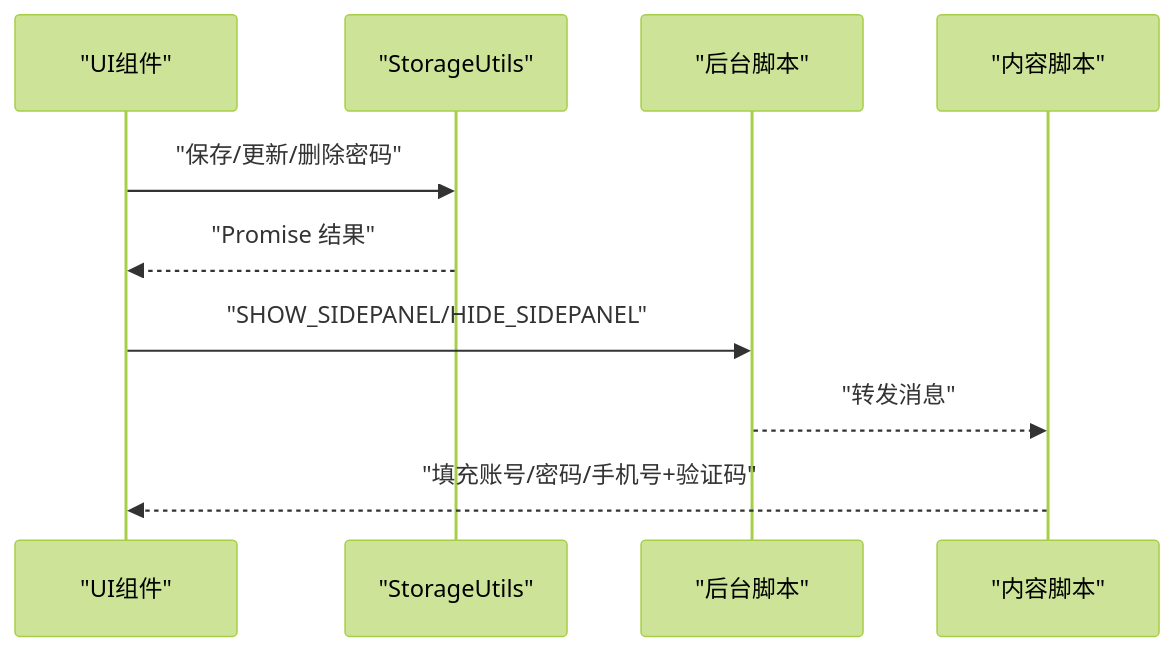
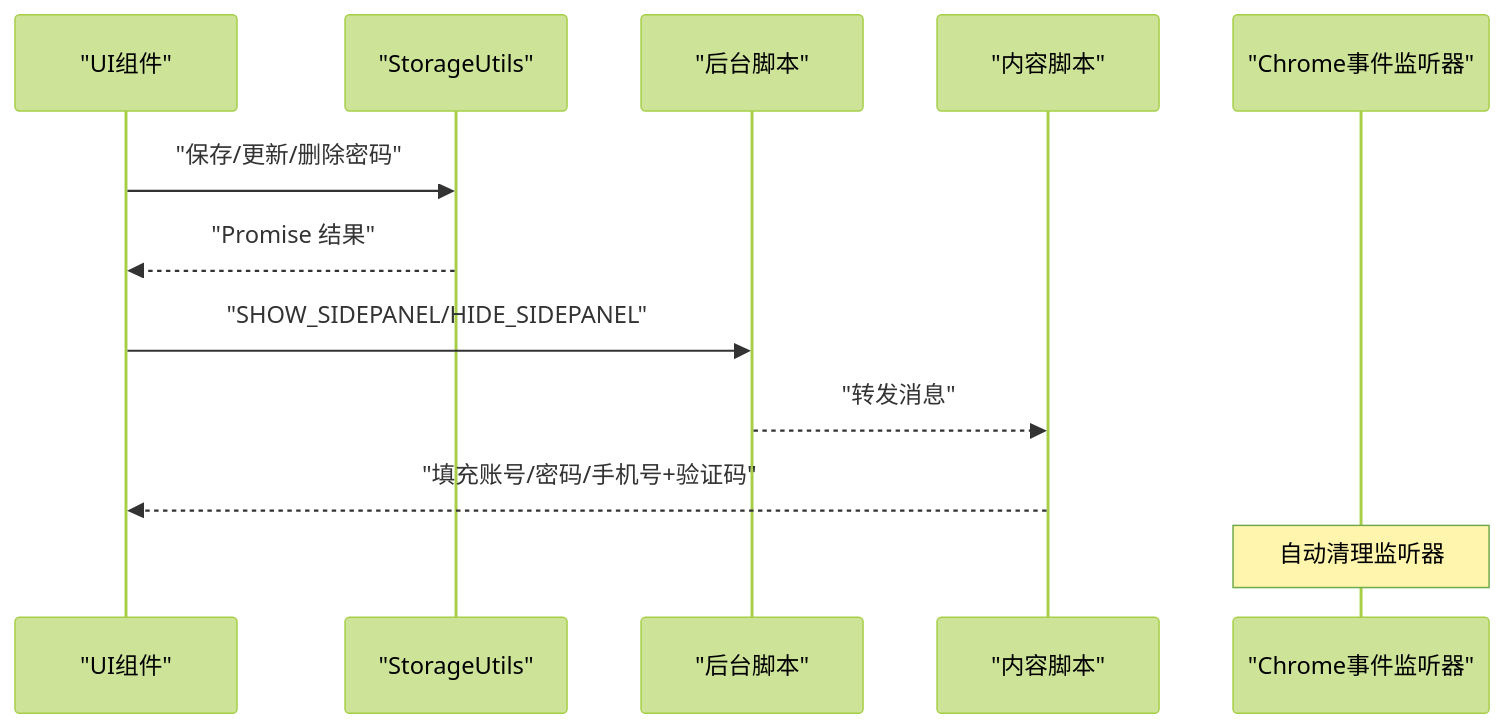
The second of 9 diagrams in .qoder/repowiki/zh/content/核心模块/核心模块.md (liaolongdong/account-password-helper), drawn with Mermaid (forest theme) before and after one commit. The commit also changed other lines of this file and 23 other files, not shown here.

````diff
--- a/.qoder/repowiki/zh/content/核心模块/核心模块.md
+++ b/.qoder/repowiki/zh/content/核心模块/核心模块.md
@@ -122,12 +155,14 @@
 ```mermaid
 sequenceDiagram
 participant UI as "UI组件"
 participant ST as "StorageUtils"
 participant BG as "后台脚本"
 participant CT as "内容脚本"
+participant CL as "Chrome事件监听器"
 UI->>ST : "保存/更新/删除密码"
 ST-->>UI : "Promise 结果"
 UI->>BG : "SHOW_SIDEPANEL/HIDE_SIDEPANEL"
 BG-->>CT : "转发消息"
 CT-->>UI : "填充账号/密码/手机号+验证码"
+Note over CL : 自动清理监听器
 ```
````
